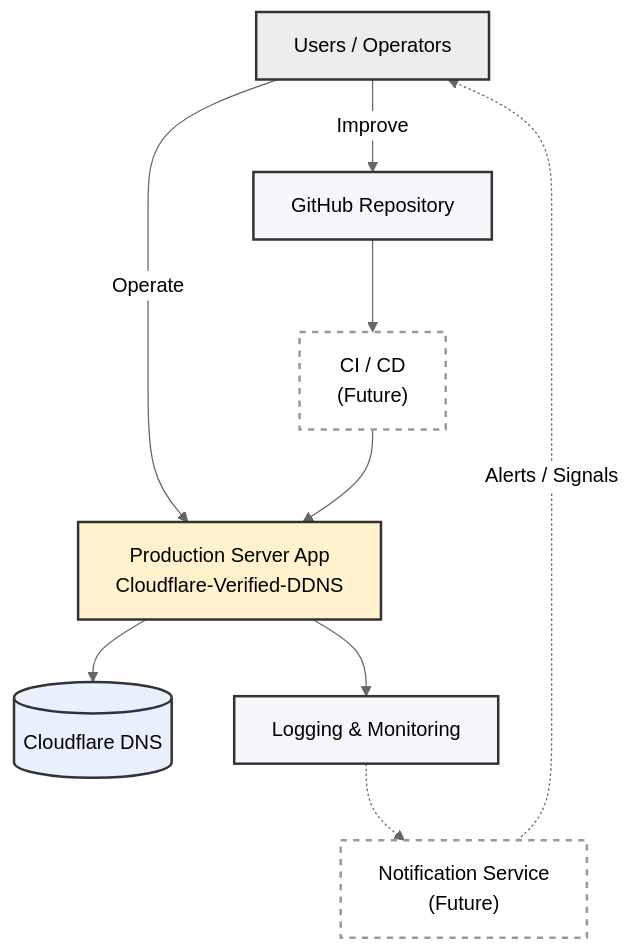
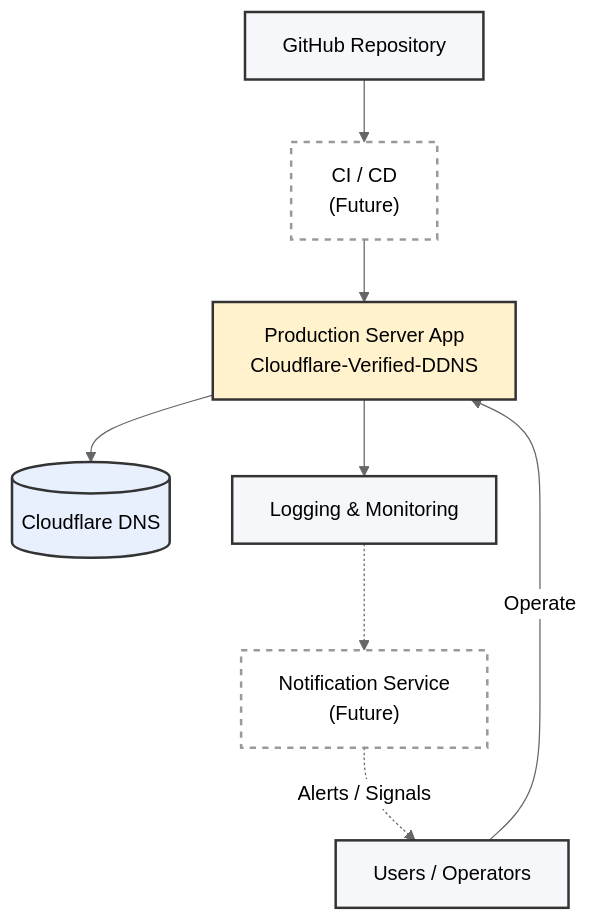
The first of 12 diagrams in docs/ARCHITECTURE.md (bkaewell/cloudflare-verified-ddns), drawn with Mermaid (neutral theme) before and after one commit. The commit also changed other lines of this file, not shown here.

Commit message:
Experimenting with mermaid diagrams

````diff
--- a/docs/ARCHITECTURE.md
+++ b/docs/ARCHITECTURE.md
@@ -32,40 +4,34 @@
 ```mermaid
 flowchart TB
     %% Nodes (declare humans early for visual priority)
+    REPO[GitHub Repository]
     USERS[Users / Operators]
-    REPO[GitHub Repository]
     CICD["CI / CD<br/>(Future)"]
     APP[Production Server App<br/>Cloudflare-Verified-DDNS]
     CF[(Cloudflare DNS)]
     LOGS[Logging & Monitoring]
     NOTIFY["Notification Service<br/>(Future)"]
 
     %% Core Flow
-    USERS -->|Improve| REPO
     USERS -->|Operate| APP
 
     REPO --> CICD
     CICD --> APP
     APP --> CF
     APP --> LOGS
 
     %% Observability & Feedback
     LOGS -.-> NOTIFY
     NOTIFY -.->|Alerts / Signals| USERS
 
     %% Styling
     classDef core fill:#fff2cc,stroke:#333,stroke-width:2px;
     classDef neutral fill:#f5f7fa,stroke:#333,stroke-width:2px;
     classDef cloud fill:#e8f0fe,stroke:#333,stroke-width:2px;
     classDef future fill:#ffffff,stroke:#999,stroke-width:2px,stroke-dasharray: 5 5;
-    classDef human fill:#ededed,stroke:#333,stroke-width:2px;
 
     class APP core;
-    class REPO,LOGS neutral;
+    class REPO,USERS,LOGS neutral;
     class CF cloud;
     class CICD,NOTIFY future;
-    class USERS human;
-
-
-
 ```
````
